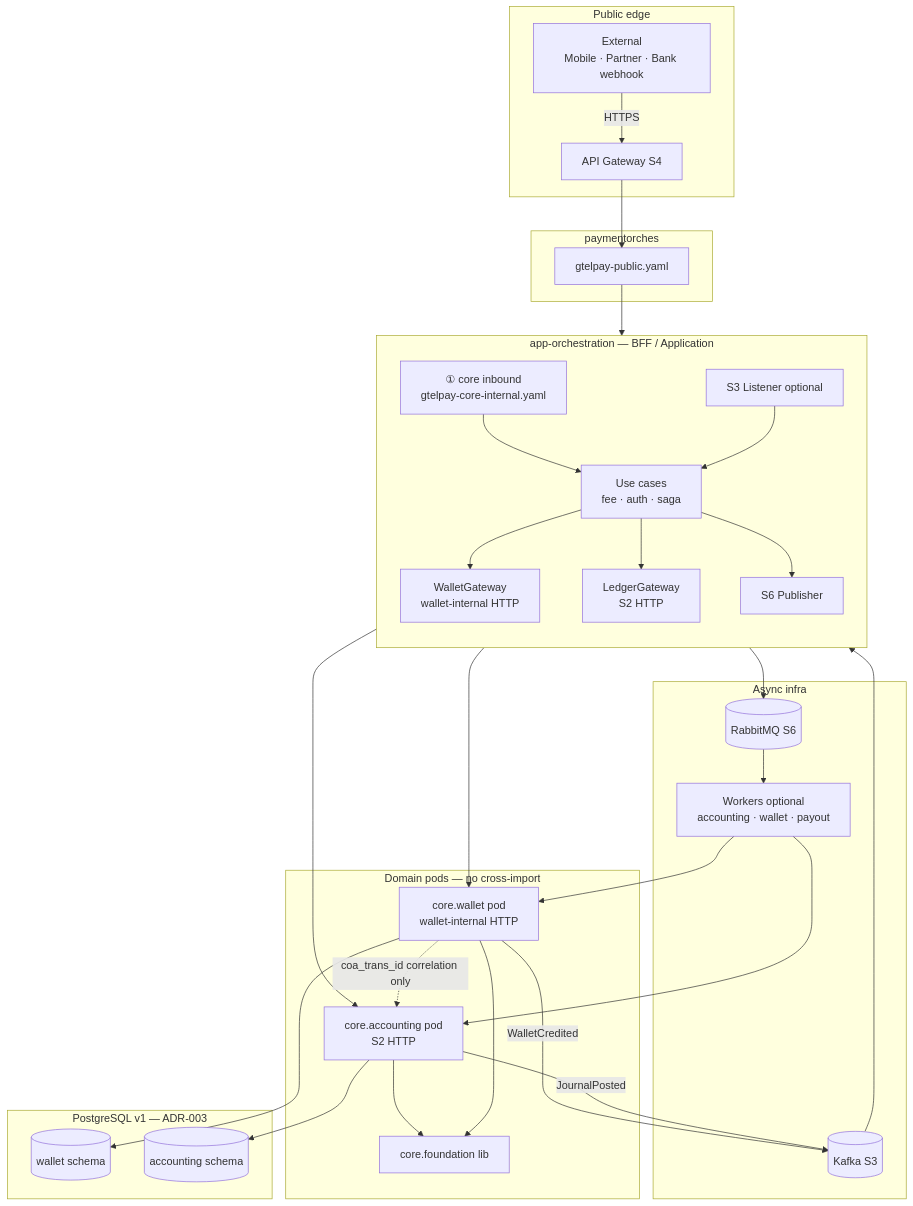
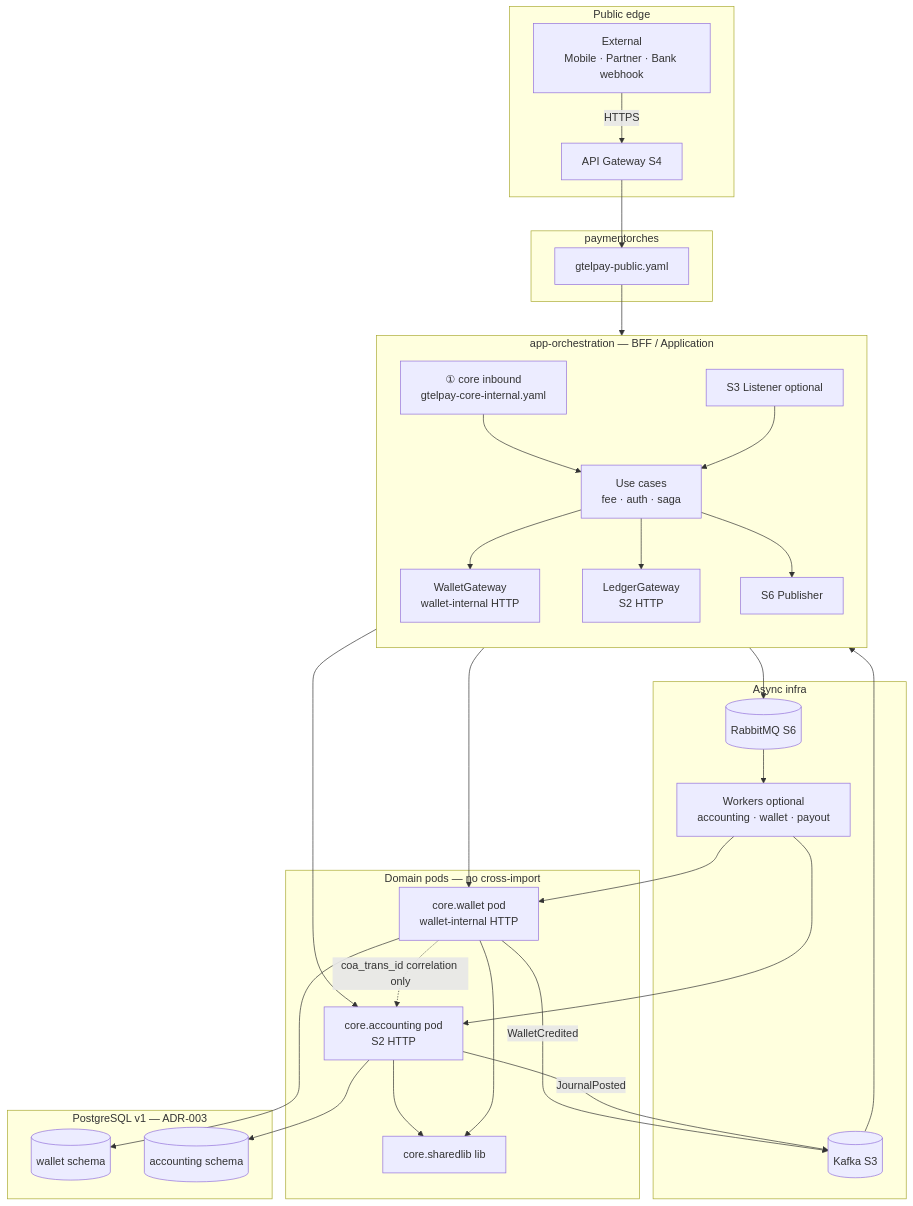
The first of 6 diagrams in spec/architecture-overview.md (minjcore/CoinExchange_CryptoExchange_Java), drawn with Mermaid before and after one commit. The commit also changed 62 other files, not shown here.

First line of the commit message:
Add k6 load tests, core.reconciliation shell, spec 012 middleware; finish core.foundation→core.sharedlib rename in docs

````diff
--- a/spec/architecture-overview.md
+++ b/spec/architecture-overview.md
@@ -32,53 +32,53 @@
 ```mermaid
 flowchart TB
   subgraph Edge["Public edge"]
     EXT[External<br/>Mobile · Partner · Bank webhook]
     GW[API Gateway S4]
   end
 
   subgraph PayOrch["paymentorches"]
     PUB[gtelpay-public.yaml]
   end
 
   subgraph Orch["app-orchestration — BFF / Application"]
     direction TB
     IN[① core inbound<br/>gtelpay-core-internal.yaml]
     UC[Use cases<br/>fee · auth · saga]
     WF[WalletGateway<br/>wallet-internal HTTP]
     AC[LedgerGateway<br/>S2 HTTP]
     P6[S6 Publisher]
     L3[S3 Listener optional]
   end
 
   subgraph Domains["Domain pods — no cross-import"]
     W["core.wallet pod<br/>wallet-internal HTTP"]
     A["core.accounting pod<br/>S2 HTTP"]
-    F[core.foundation lib]
+    F[core.sharedlib lib]
   end
 
   subgraph Messaging["Async infra"]
     RMQ[(RabbitMQ S6)]
     KFK[(Kafka S3)]
     WK[Workers optional<br/>accounting · wallet · payout]
   end
 
   subgraph Storage["PostgreSQL v1 — ADR-003"]
     DBW[(wallet schema)]
     DBA[(accounting schema)]
   end
 
   EXT -->|HTTPS| GW --> PUB --> IN --> UC
   UC --> WF --> W
   UC --> AC --> A
   UC --> P6 --> RMQ --> WK
   WK --> W
   WK --> A
   W --> DBW
   A --> DBA
   W --> F
   A --> F
   A -->|JournalPosted| KFK
   W -->|WalletCredited| KFK
   KFK --> L3 --> UC
   W -.->|coa_trans_id correlation only| A
 ```
````
